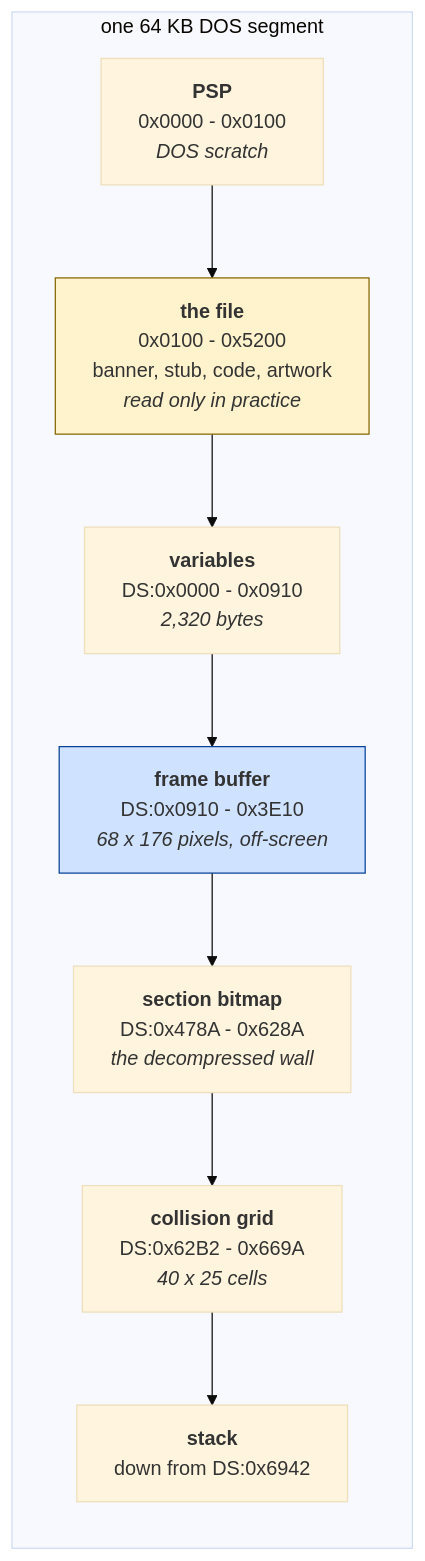
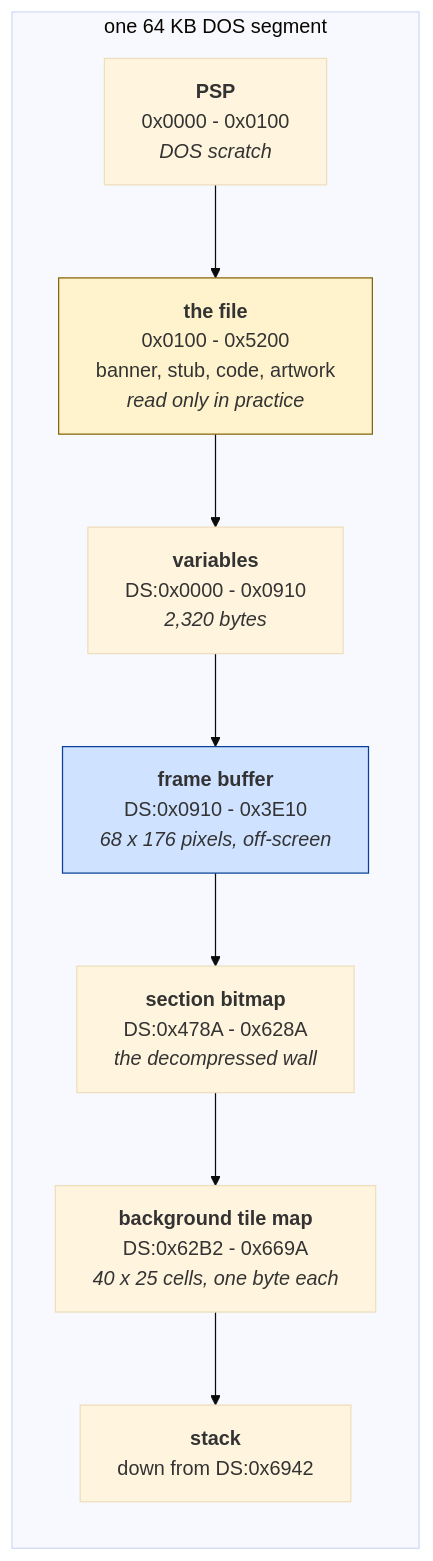
Before and after one commit to agunawijaya/retro-ports: the second of 3 diagrams in zaxxon/docs/02-architecture.md, drawn with Mermaid (base theme). The commit also changed other lines of this file and 3 other files, not shown here.

````diff
--- a/zaxxon/docs/02-architecture.md
+++ b/zaxxon/docs/02-architecture.md
@@ -213,16 +214,16 @@
 ```mermaid
 flowchart LR
     subgraph mem["one 64 KB DOS segment"]
         direction TB
         A["<b>PSP</b><br/>0x0000 - 0x0100<br/><i>DOS scratch</i>"]
         B["<b>the file</b><br/>0x0100 - 0x5200<br/>banner, stub, code, artwork<br/><i>read only in practice</i>"]
         C["<b>variables</b><br/>DS:0x0000 - 0x0910<br/><i>2,320 bytes</i>"]
         D["<b>frame buffer</b><br/>DS:0x0910 - 0x3E10<br/><i>68 x 176 pixels, off-screen</i>"]
         E["<b>section bitmap</b><br/>DS:0x478A - 0x628A<br/><i>the decompressed wall</i>"]
-        F["<b>collision grid</b><br/>DS:0x62B2 - 0x669A<br/><i>40 x 25 cells</i>"]
+        F["<b>background tile map</b><br/>DS:0x62B2 - 0x669A<br/><i>40 x 25 cells, one byte each</i>"]
         G["<b>stack</b><br/>down from DS:0x6942"]
         A --> B --> C --> D --> E --> F --> G
     end
     style B fill:#fff3cd,stroke:#856404
     style D fill:#cfe2ff,stroke:#084298
 ```
````
